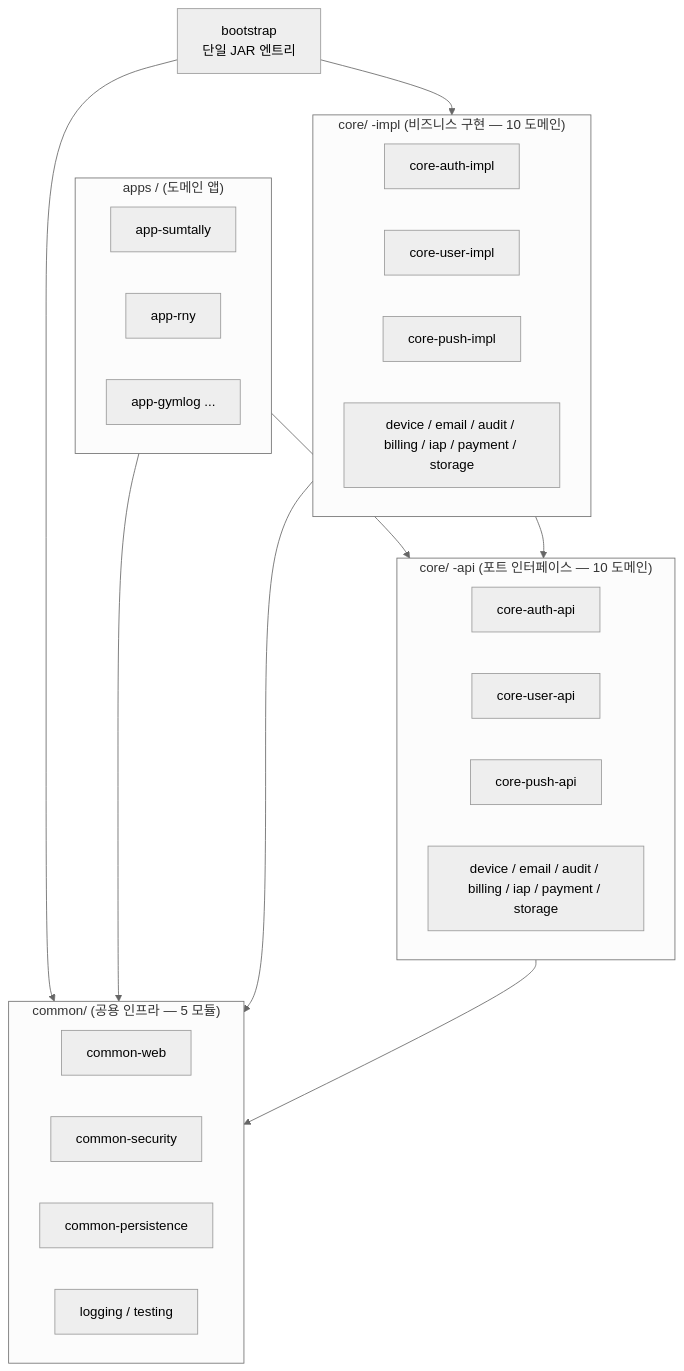
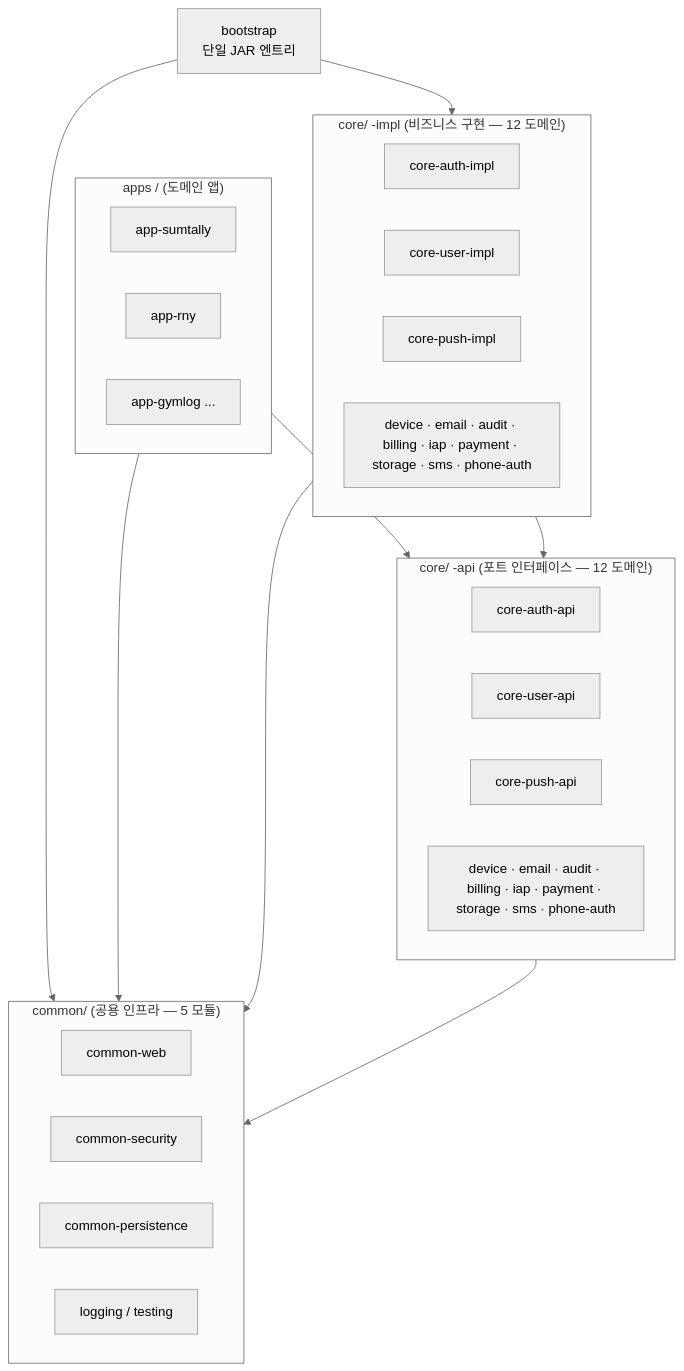
The first of 2 diagrams in docs/philosophy/adr-001-modular-monolith.md (storkspear/docs-template-spring), drawn with Mermaid (neutral theme) before and after one commit. The commit also changed other lines of this file and 104 other files, not shown here.

````diff
--- a/docs/philosophy/adr-001-modular-monolith.md
+++ b/docs/philosophy/adr-001-modular-monolith.md
@@ -74,39 +74,39 @@
 ```mermaid
 flowchart TB
     bootstrap[bootstrap<br/>단일 JAR 엔트리]
 
     subgraph apps["apps / (도메인 앱)"]
         appA[app-sumtally]
         appB[app-rny]
         appN[app-gymlog ...]
     end
 
-    subgraph coreImpl["core/ -impl (비즈니스 구현 — 10 도메인)"]
+    subgraph coreImpl["core/ -impl (비즈니스 구현 — 12 도메인)"]
         authImpl[core-auth-impl]
         userImpl[core-user-impl]
         pushImpl[core-push-impl]
-        otherImpl[device / email / audit / billing / iap / payment / storage]
+        otherImpl[device · email · audit · billing · iap · payment · storage · sms · phone-auth]
     end
 
-    subgraph coreApi["core/ -api (포트 인터페이스 — 10 도메인)"]
+    subgraph coreApi["core/ -api (포트 인터페이스 — 12 도메인)"]
         authApi[core-auth-api]
         userApi[core-user-api]
         pushApi[core-push-api]
-        otherApi[device / email / audit / billing / iap / payment / storage]
+        otherApi[device · email · audit · billing · iap · payment · storage · sms · phone-auth]
     end
 
     subgraph common["common/ (공용 인프라 — 5 모듈)"]
         web[common-web]
         sec[common-security]
         per[common-persistence]
         otherCommon[logging / testing]
     end
 
     bootstrap --> coreImpl
     bootstrap --> common
     apps --> coreApi
     apps --> common
     coreImpl --> coreApi
     coreImpl --> common
     coreApi --> common
 ```
````
